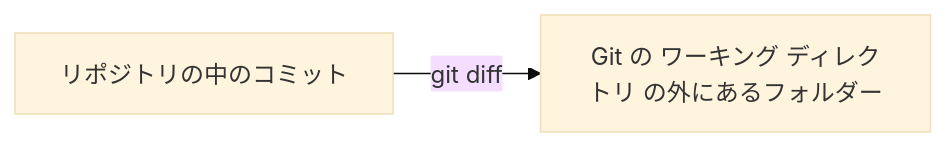
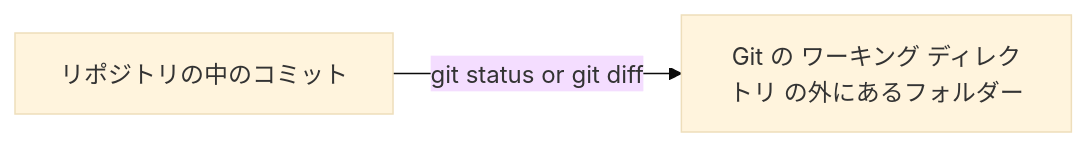
One commit to Takakiriy/new-commit changed the first of 6 diagrams in README-jp.md. Above: the diagram before and after it, drawn with Mermaid (base theme). The commit also changed other lines of this file and 5 other files, not shown here.

````diff
--- a/README-jp.md
+++ b/README-jp.md
@@ -10,4 +10,4 @@
 ```mermaid
 graph LR;
-    s[ リポジトリの中のコミット ] -- git diff --> d[ Git の ワーキング ディレクトリ の外にあるフォルダー];
+    s[ リポジトリの中のコミット ] -- git status or git diff --> d[ Git の ワーキング ディレクトリ の外にあるフォルダー];
 ```
````
